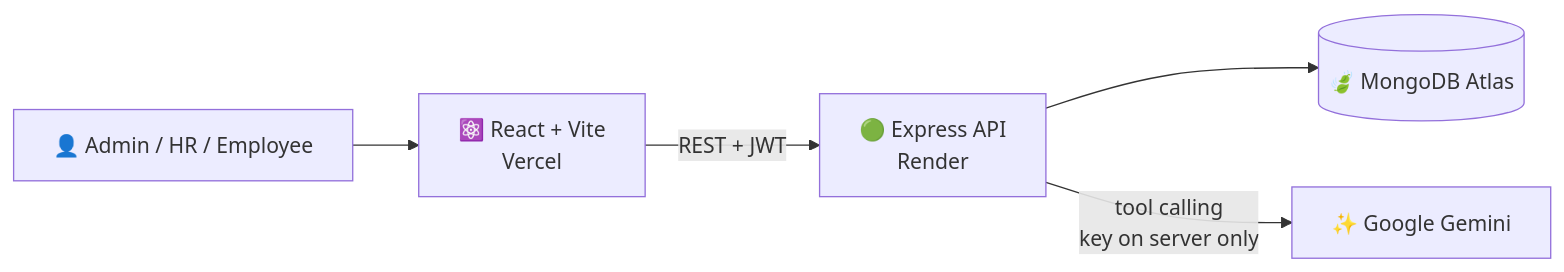
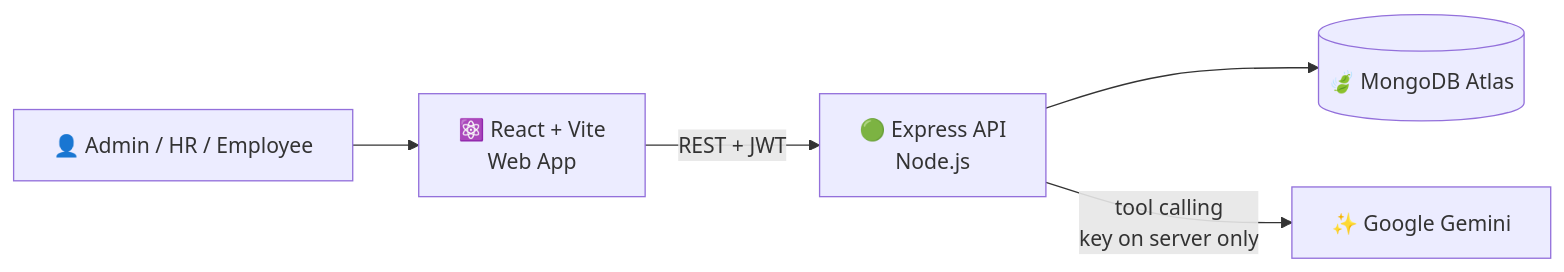
Before and after one commit to zm232323/hcm-lite: the first of 2 diagrams in README.md, drawn with Mermaid. The commit also changed other lines of this file, not shown here.

````diff
--- a/README.md
+++ b/README.md
@@ -130,7 +147,7 @@
 ```mermaid
 flowchart LR
-    U["👤 Admin / HR / Employee"] --> FE["⚛️ React + Vite<br/>Vercel"]
-    FE -- "REST + JWT" --> BE["🟢 Express API<br/>Render"]
+    U["👤 Admin / HR / Employee"] --> FE["⚛️ React + Vite<br/>Web App"]
+    FE -- "REST + JWT" --> BE["🟢 Express API<br/>Node.js"]
     BE --> DB[("🍃 MongoDB Atlas")]
     BE -- "tool calling<br/>key on server only" --> LLM["✨ Google Gemini"]
 ```
````
